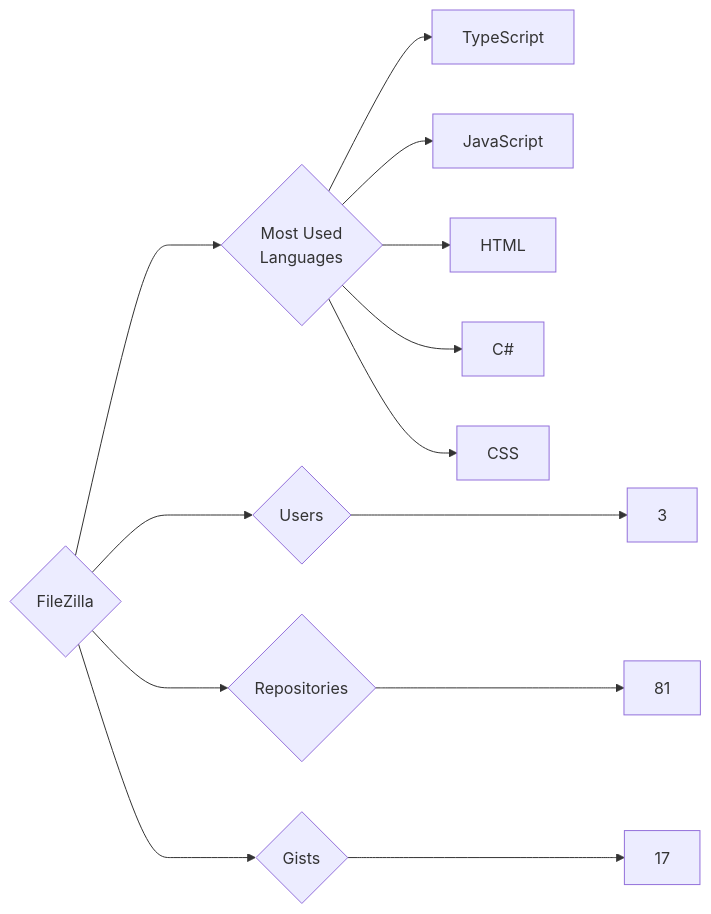
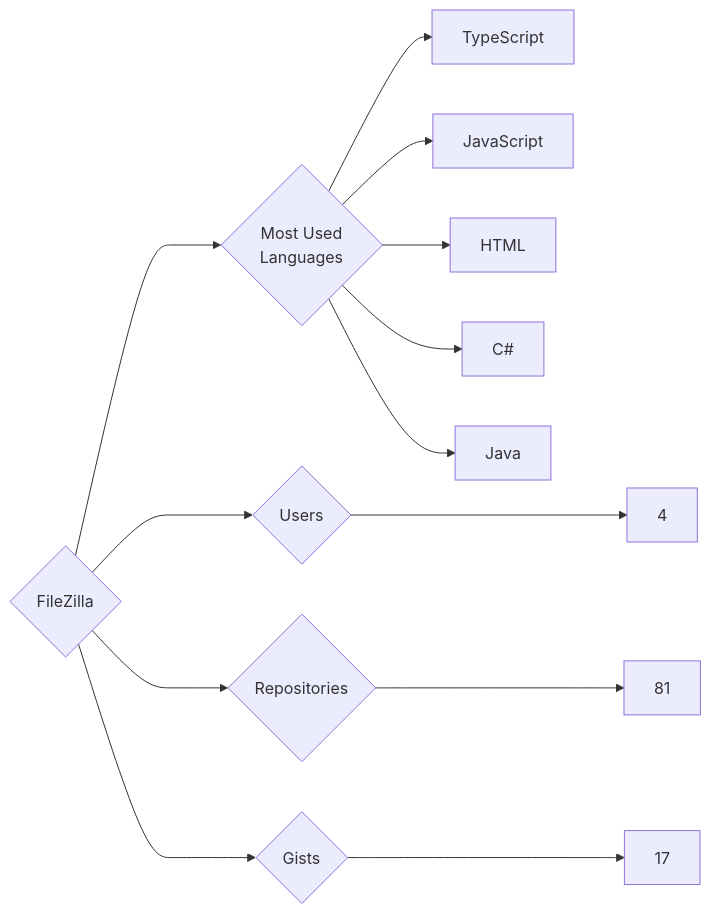
Before and after one commit to trickest/insiders: the diagram in targets/FileZilla/README.md, drawn with Mermaid. The commit also changed 1089 other files, not shown here.

````diff
--- a/targets/FileZilla/README.md
+++ b/targets/FileZilla/README.md
@@ -3,13 +3,13 @@
 ```mermaid
 graph LR
 COMPANY_NAME{FileZilla}
-COMPANY_NAME ---> U{Users} ---> UN[3]
+COMPANY_NAME ---> U{Users} ---> UN[4]
 COMPANY_NAME ---> R{Repositories} ---> RN[81]
 COMPANY_NAME ---> G{Gists} ---> GN[17]
 COMPANY_NAME ---> ML{Most Used<br>Languages}
 ML --> TypeScript[TypeScript]
 ML --> JavaScript[JavaScript]
 ML --> HTML[HTML]
 ML --> C#[C#]
-ML --> CSS[CSS]
+ML --> Java[Java]
 ```
````
